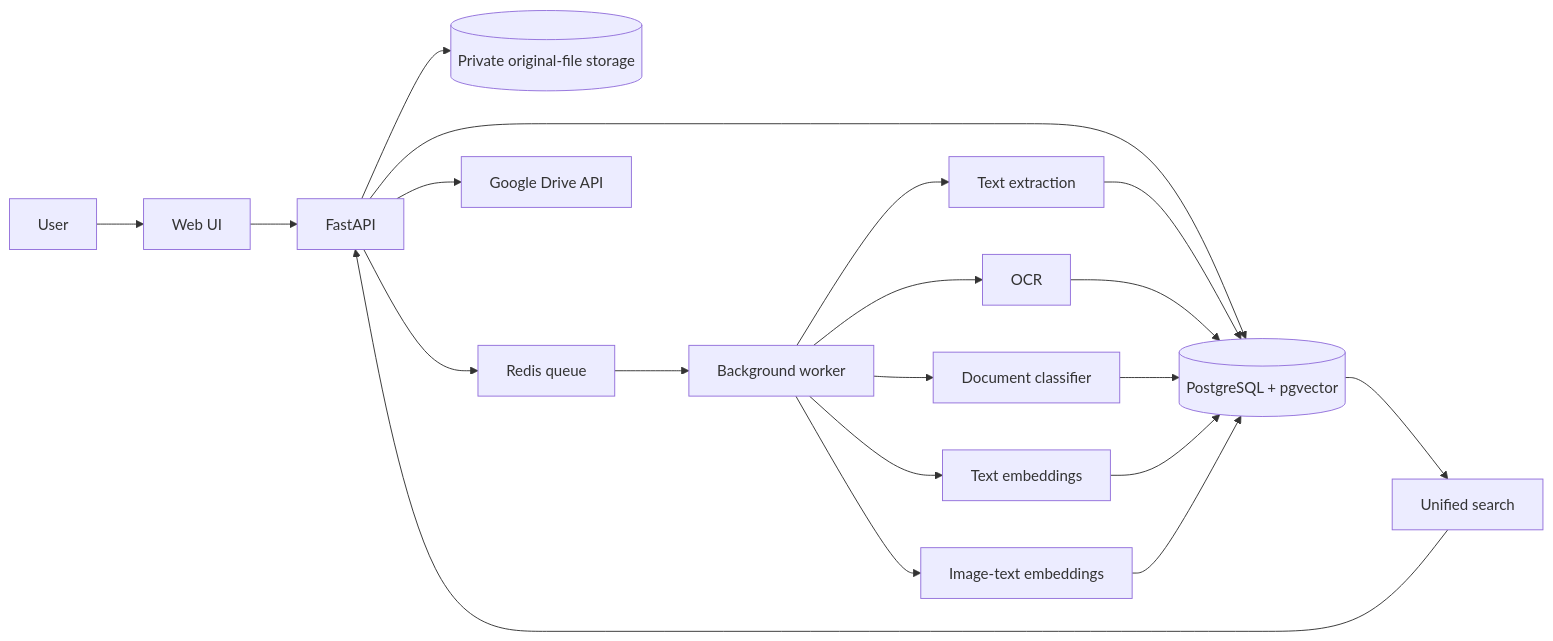
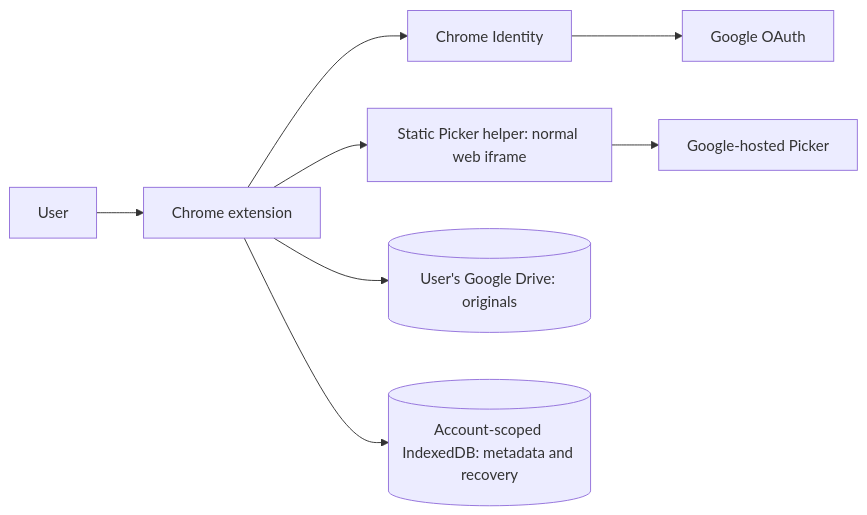
The diagram in docs/architecture.md (SiddharthaGanguli/multimodal-smart-file-organizer), drawn with Mermaid before and after one commit. The commit also changed other lines of this file and 37 other files, not shown here.

Commit message:
feat: add per-user Drive storage extension for issue #2

````diff
--- a/docs/architecture.md
+++ b/docs/architecture.md
@@ -11,28 +11,10 @@
 ```mermaid
 flowchart LR
-    U[User] --> UI[Web UI]
-    UI --> API[FastAPI]
-
-    API --> STORE[(Private original-file storage)]
-    API --> DB[(PostgreSQL + pgvector)]
-    API --> QUEUE[Redis queue]
-
-    QUEUE --> WORKER[Background worker]
-
-    WORKER --> EXTRACT[Text extraction]
-    WORKER --> OCR[OCR]
-    WORKER --> CLASSIFY[Document classifier]
-    WORKER --> TEMBED[Text embeddings]
-    WORKER --> IEMBED[Image-text embeddings]
-
-    EXTRACT --> DB
-    OCR --> DB
-    CLASSIFY --> DB
-    TEMBED --> DB
-    IEMBED --> DB
-
-    DB --> SEARCH[Unified search]
-    SEARCH --> API
-
-    API --> DRIVE[Google Drive API]
+    U[User] --> E[Chrome extension]
+    E --> I[Chrome Identity]
+    I --> G[Google OAuth]
+    E --> P[Static Picker helper: normal web iframe]
+    P --> GP[Google-hosted Picker]
+    E --> D[(User's Google Drive: originals)]
+    E --> M[(Account-scoped IndexedDB: metadata and recovery)]
 ```
````
